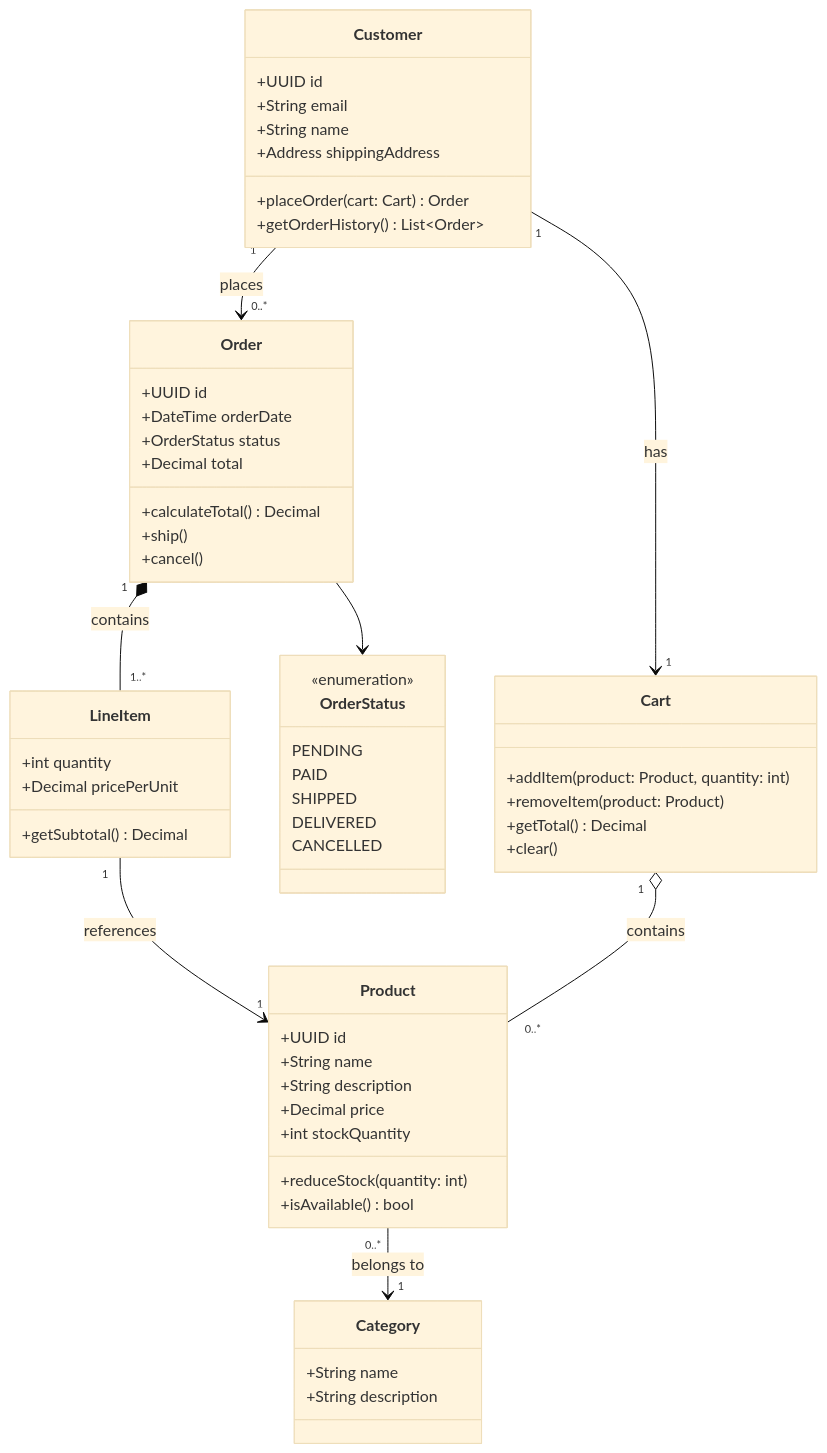
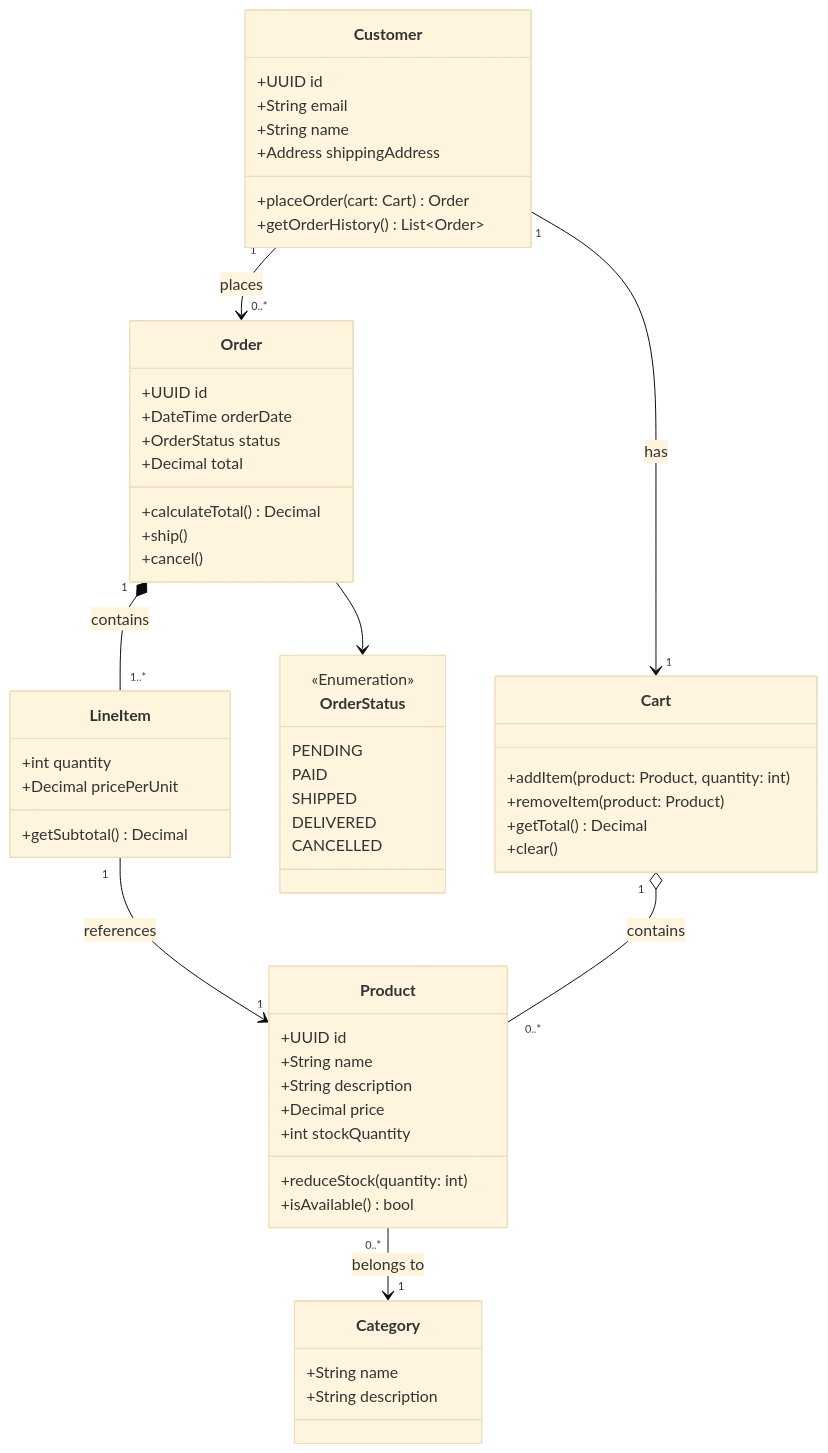
Diagram 15 of 21 in mermaid-diagrams-expert/references/class-diagrams.md (D1ZZY4/agent-skills), drawn with Mermaid (base theme) before and after one commit. The commit also changed other lines of this file and 9 other files, not shown here.

First line of the commit message:
docs(mermaid-diagrams-expert): modernize references against v12 docs

````diff
--- a/mermaid-diagrams-expert/references/class-diagrams.md
+++ b/mermaid-diagrams-expert/references/class-diagrams.md
@@ -185,70 +215,70 @@
 ```mermaid
 classDiagram
     %% Core entities
     class Customer {
         +UUID id
         +String email
         +String name
         +Address shippingAddress
         +placeOrder(cart: Cart) Order
         +getOrderHistory() List~Order~
     }
     
     class Order {
         +UUID id
         +DateTime orderDate
         +OrderStatus status
         +Decimal total
         +calculateTotal() Decimal
         +ship()
         +cancel()
     }
     
     class LineItem {
         +int quantity
         +Decimal pricePerUnit
         +getSubtotal() Decimal
     }
     
     class Product {
         +UUID id
         +String name
         +String description
         +Decimal price
         +int stockQuantity
         +reduceStock(quantity: int)
         +isAvailable() bool
     }
     
     class Category {
         +String name
         +String description
     }
     
     class Cart {
         +addItem(product: Product, quantity: int)
         +removeItem(product: Product)
         +getTotal() Decimal
         +clear()
     }
     
     %% Relationships
     Customer "1" --> "0..*" Order : places
     Customer "1" --> "1" Cart : has
     Order "1" *-- "1..*" LineItem : contains
     LineItem "1" --> "1" Product : references
     Product "0..*" --> "1" Category : belongs to
     Cart "1" o-- "0..*" Product : contains
     
     %% Enums
     class OrderStatus {
-        <<enumeration>>
+        <<Enumeration>>
         PENDING
         PAID
         SHIPPED
         DELIVERED
         CANCELLED
     }
     
     Order --> OrderStatus
 ```
````
